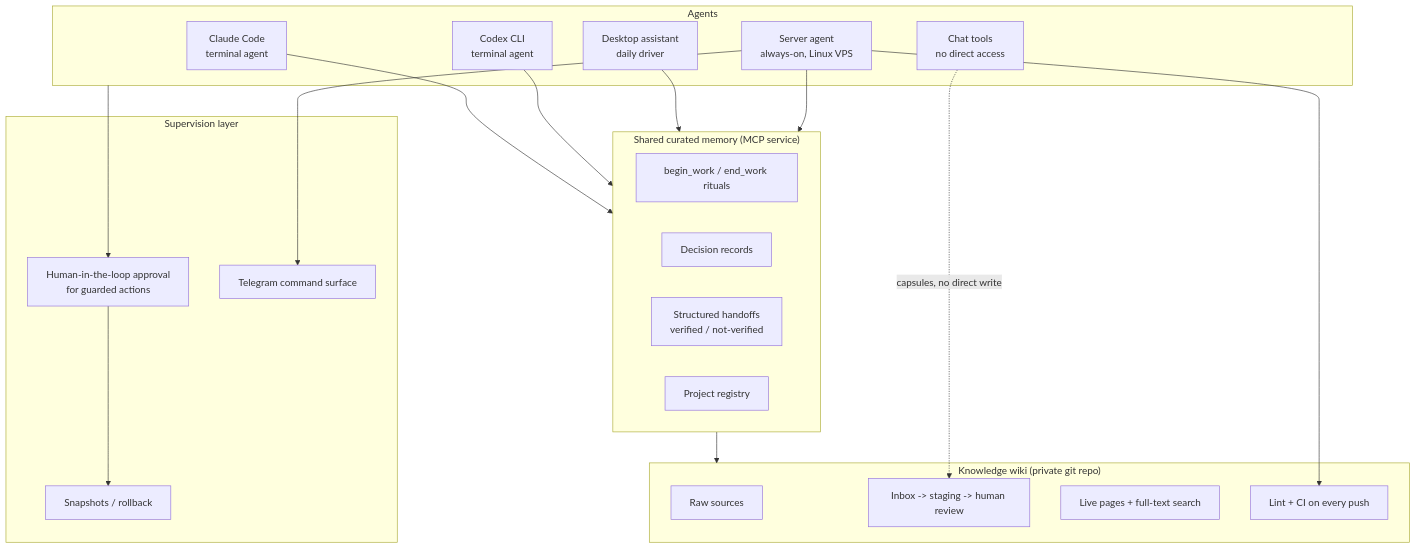
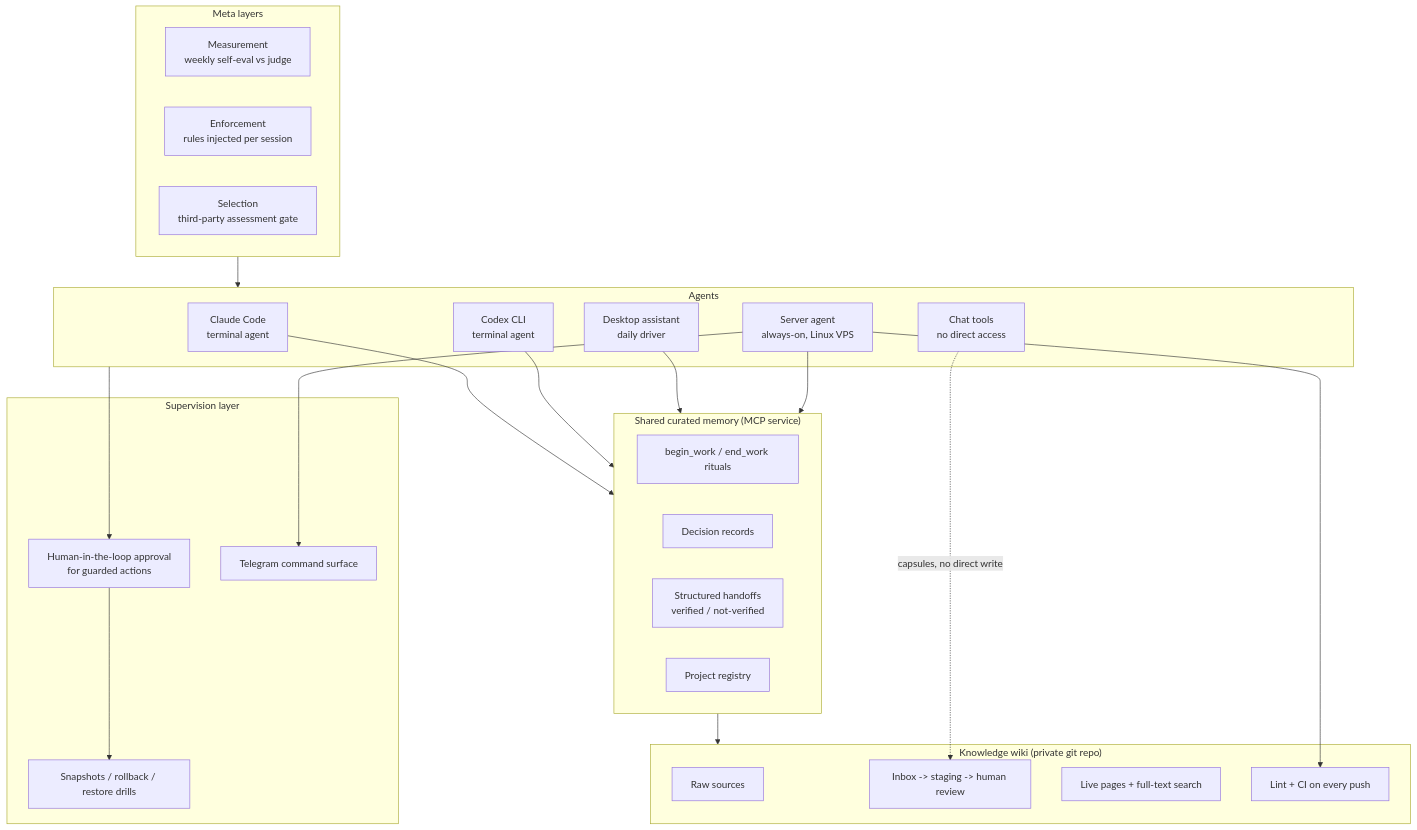
One commit to artemtrofymenko/agent-ops-notes changed the diagram in README.md. Above: the diagram before and after it, drawn with Mermaid. The commit also changed other lines of this file, not shown here.

First line of the commit message:
Add measurement, enforcement and selection layers; correct stale numbers

````diff
--- a/README.md
+++ b/README.md
@@ -19,41 +23,48 @@
 ```mermaid
 flowchart TB
     subgraph Agents
         CC[Claude Code<br/>terminal agent]
         CX[Codex CLI<br/>terminal agent]
         DH[Desktop assistant<br/>daily driver]
         SH[Server agent<br/>always-on, Linux VPS]
         GPT[Chat tools<br/>no direct access]
     end
 
     subgraph Memory["Shared curated memory (MCP service)"]
         BW[begin_work / end_work rituals]
         DEC[Decision records]
         HO[Structured handoffs<br/>verified / not-verified]
         REG[Project registry]
     end
 
     subgraph Wiki["Knowledge wiki (private git repo)"]
         RAW[Raw sources]
         STG[Inbox -> staging -> human review]
         LIVE[Live pages + full-text search]
         CI[Lint + CI on every push]
     end
 
     subgraph Safety["Supervision layer"]
         HITL[Human-in-the-loop approval<br/>for guarded actions]
-        SNAP[Snapshots / rollback]
+        SNAP[Snapshots / rollback / restore drills]
         TG[Telegram command surface]
+    end
+
+    subgraph Meta["Meta layers"]
+        MEAS[Measurement<br/>weekly self-eval vs judge]
+        ENF[Enforcement<br/>rules injected per session]
+        SEL[Selection<br/>third-party assessment gate]
     end
 
     CC --> Memory
     CX --> Memory
     DH --> Memory
     SH --> Memory
     GPT -.capsules, no direct write.-> STG
     Memory --> Wiki
     SH --> CI
     SH --> TG
     Agents --> HITL
     HITL --> SNAP
+    Meta --> Agents
 ```
````
